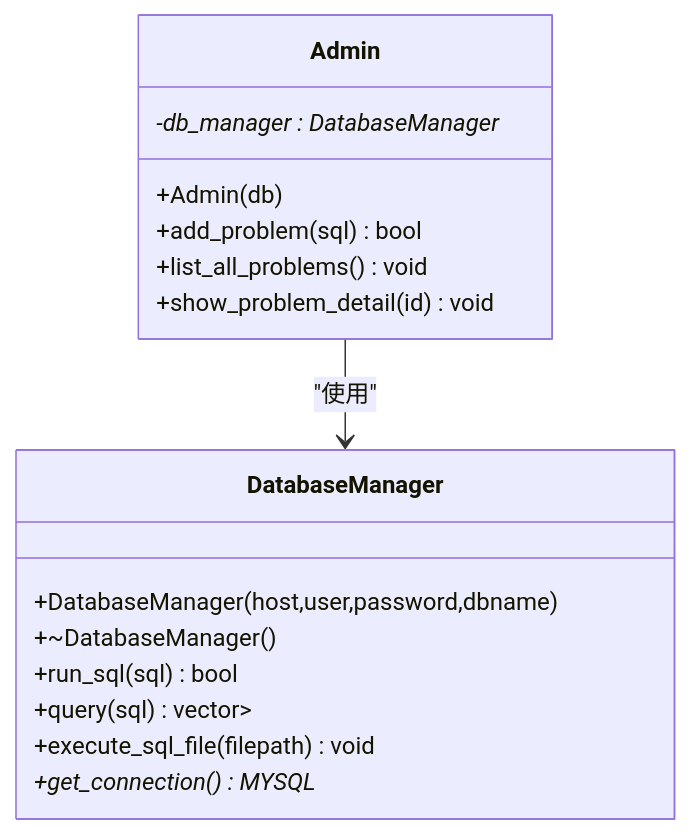
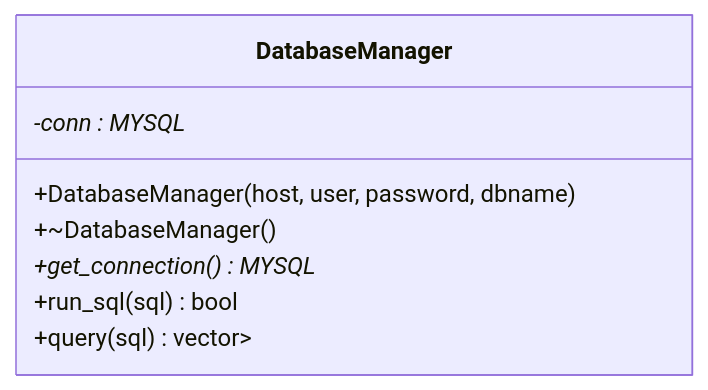
Before and after one commit to jinpeng900/OJ-Test: the sixth of 9 diagrams in .qoder/repowiki/zh/content/系统架构设计/整体架构概览.md, drawn with Mermaid. The commit also changed other lines of this file and 65 other files, not shown here.

````diff
--- a/.qoder/repowiki/zh/content/系统架构设计/整体架构概览.md
+++ b/.qoder/repowiki/zh/content/系统架构设计/整体架构概览.md
@@ -295,19 +286,11 @@
 ```mermaid
 classDiagram
-class Admin {
-+Admin(db)
-+add_problem(sql) bool
-+list_all_problems() void
-+show_problem_detail(id) void
--db_manager : DatabaseManager*
-}
 class DatabaseManager {
-+DatabaseManager(host,user,password,dbname)
++DatabaseManager(host, user, password, dbname)
 +~DatabaseManager()
++get_connection() MYSQL*
 +run_sql(sql) bool
 +query(sql) vector<map<string,string>>
-+execute_sql_file(filepath) void
-+get_connection() MYSQL*
+-conn : MYSQL*
 }
-Admin --> DatabaseManager : "使用"
 ```
````
